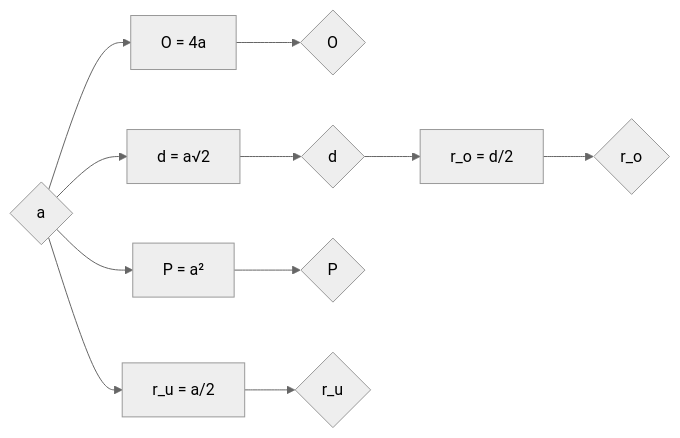
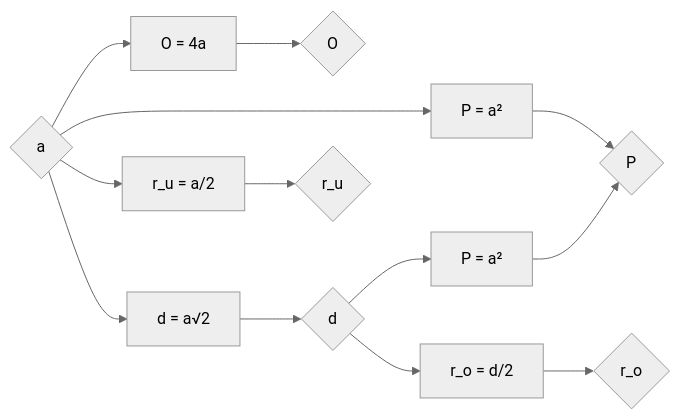
One commit to ndjapic/mat7-2024 changed the diagram in 02-pitagora/primena/paralelogram/02-kvadrat.md. Above: the diagram before and after it, drawn with Mermaid (neutral theme).

````diff
--- a/02-pitagora/primena/paralelogram/02-kvadrat.md
+++ b/02-pitagora/primena/paralelogram/02-kvadrat.md
@@ -7,13 +7,15 @@
 ```mermaid
 graph LR;
     FO[O = 4a] --> O{O};
     A{a} --> FO;
     PT["d = a√2"] --> D{d};
     A --> PT;
-    FP["P = a²"] --> P{P};
-    A --> FP;
+    FPa["P = a²"] --> P{P};
+    A --> FPa;
+    FPd["P = a²"] --> P{P};
+    D --> FPd;
     Fro["r_o = d/2"] --> ro{r_o};
     Fru["r_u = a/2"] --> ru{r_u};
     D --> Fro;
     A --> Fru;
 ```
````
